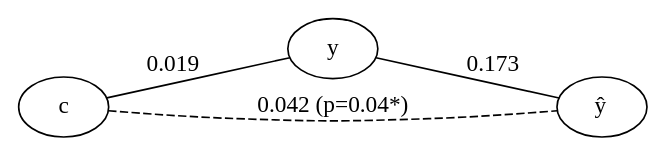
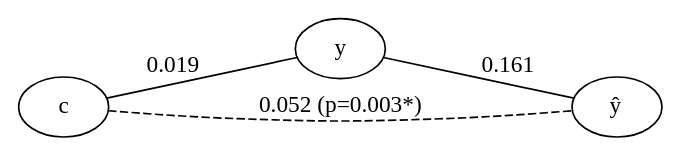
Before and after one commit to pni-lab/mlconfound-manuscript: the diagram in fig/raw/emp_abide_site_reg_partial.dot, drawn with Graphviz. The commit also changed 54 other files, not shown here.

```diff
--- a/fig/raw/emp_abide_site_reg_partial.dot
+++ b/fig/raw/emp_abide_site_reg_partial.dot
@@ -1,9 +1,9 @@
 graph {
 	rankdir=LR
 	c [label=c]
 	y [label=y]
 	yhat [label=<y&#770;>]
-	c -- yhat [label="0.042 (p=0.04*)" style=dashed]
+	c -- yhat [label="0.052 (p=0.003*)" style=dashed]
 	c -- y [label=0.019]
-	y -- yhat [label=0.173]
+	y -- yhat [label=0.161]
 }
```
